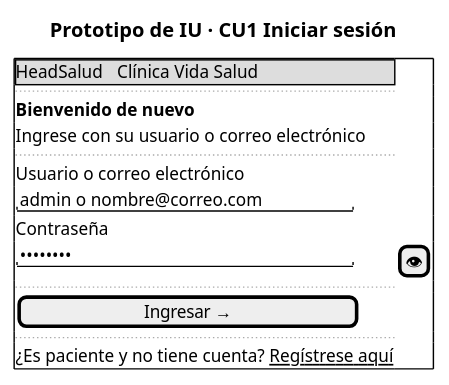
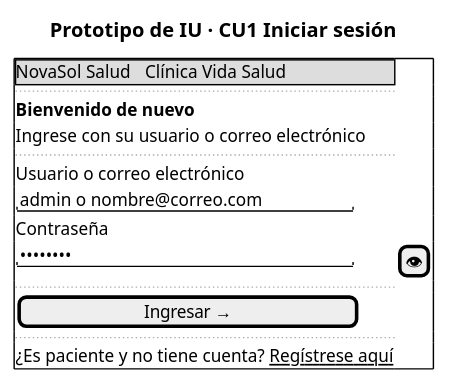
One commit to Kato-001/headsalud changed the diagram in Docs/diagramas/18_prototipo_login.puml. Above: the diagram before and after it, drawn with PlantUML. The commit also changed 102 other files, not shown here.

First line of the commit message:
NovaSol Salud: nuevo nombre y recuperación de contraseña por correo

```diff
--- a/Docs/diagramas/18_prototipo_login.puml
+++ b/Docs/diagramas/18_prototipo_login.puml
@@ -1,18 +1,18 @@
 @startsalt 18_prototipo_login
 title Prototipo de IU · CU1 Iniciar sesión
 {+
-  {* HeadSalud | Clínica Vida Salud }
+  {* NovaSol Salud | Clínica Vida Salud }
   ..
   <b>Bienvenido de nuevo
   Ingrese con su usuario o correo electrónico
   ..
   Usuario o correo electrónico
   "admin o nombre@correo.com    "
   Contraseña
   "••••••••                     " | [👁]
   ..
   [         Ingresar →          ]
   ..
   ¿Es paciente y no tiene cuenta? <u>Regístrese aquí</u>
 }
 @endsalt
```
